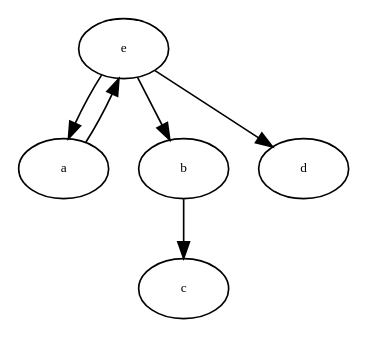
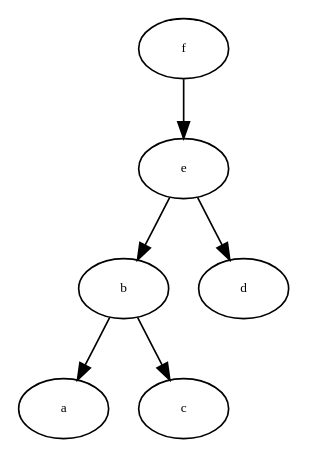
One commit to expertiza/expertiza changed the diagram in public/assets/staggered_deadline_assignment_graph/graph_1.dot. Above: the diagram before and after it, drawn with Graphviz. The commit also changed 5 other files, not shown here.

Commit message:
add gem graphviz

```diff
--- a/public/assets/staggered_deadline_assignment_graph/graph_1.dot
+++ b/public/assets/staggered_deadline_assignment_graph/graph_1.dot
@@ -1,46 +1,51 @@
 digraph RGL__DirectedAdjacencyGraph {
-    e [
+    b [
         fontsize = 8,
-        label = e
+        label = b
     ]
 
     a [
         fontsize = 8,
         label = a
     ]
 
-    b [
+    e [
         fontsize = 8,
-        label = b
+        label = e
     ]
 
     c [
         fontsize = 8,
         label = c
     ]
 
     d [
         fontsize = 8,
         label = d
     ]
 
-    e -> a [
+    f [
+        fontsize = 8,
+        label = f
+    ]
+
+    b -> a [
+        fontsize = 8
+    ]
+
+    b -> c [
         fontsize = 8
     ]
 
     e -> b [
         fontsize = 8
     ]
 
     e -> d [
         fontsize = 8
     ]
 
-    a -> e [
-        fontsize = 8
-    ]
-
-    b -> c [
+    f -> e [
         fontsize = 8
     ]
 }
```
